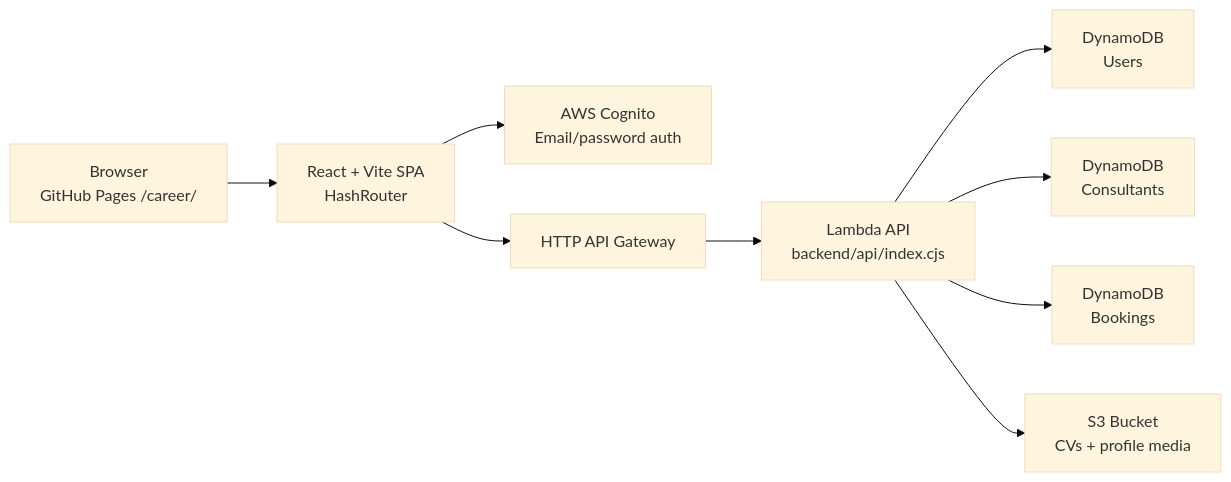
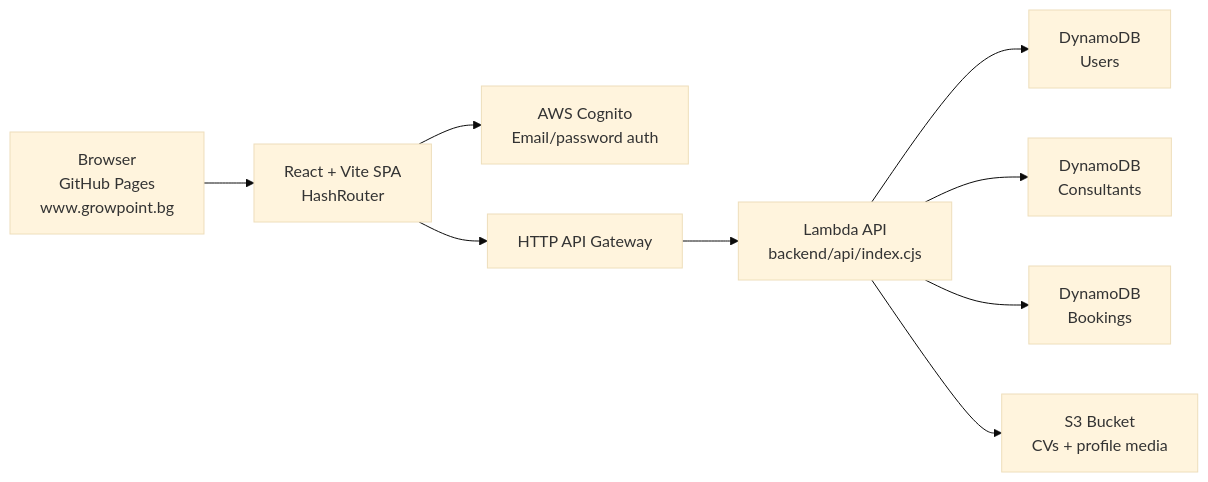
The diagram in README.md (Bobsnadenica/growpoint.bg), drawn with Mermaid (base theme) before and after one commit. The commit also changed other lines of this file and 27 other files, not shown here.

````diff
--- a/README.md
+++ b/README.md
@@ -18,11 +18,11 @@
 ```mermaid
 flowchart LR
-    U["Browser<br/>GitHub Pages /career/"] --> F["React + Vite SPA<br/>HashRouter"]
+    U["Browser<br/>GitHub Pages<br/>www.growpoint.bg"] --> F["React + Vite SPA<br/>HashRouter"]
     F --> C["AWS Cognito<br/>Email/password auth"]
     F --> A["HTTP API Gateway"]
     A --> L["Lambda API<br/>backend/api/index.cjs"]
     L --> D1["DynamoDB<br/>Users"]
     L --> D2["DynamoDB<br/>Consultants"]
     L --> D3["DynamoDB<br/>Bookings"]
     L --> S["S3 Bucket<br/>CVs + profile media"]
 ```
````
